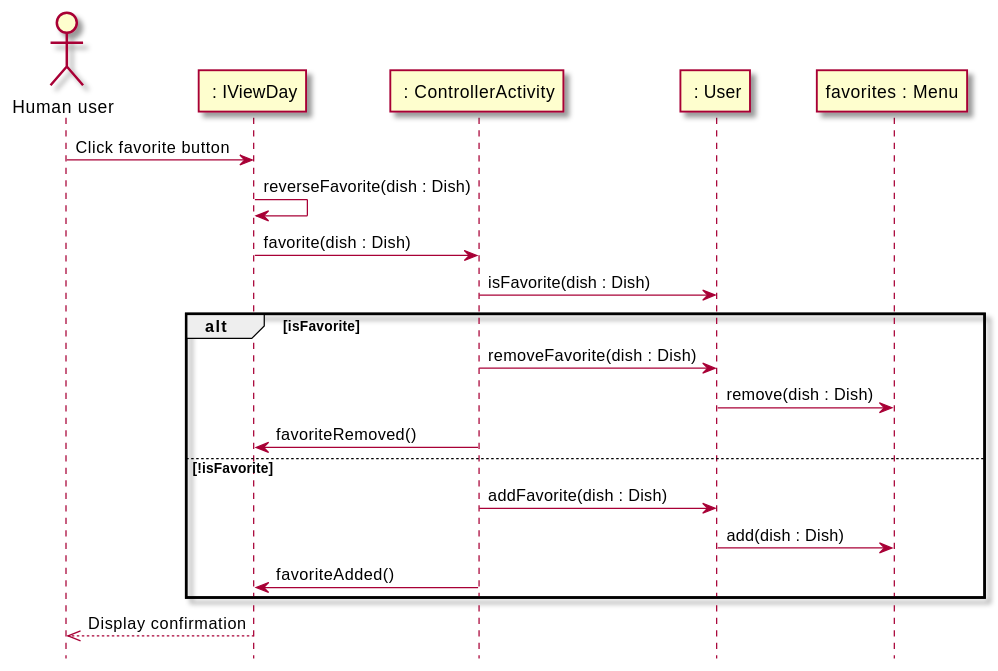
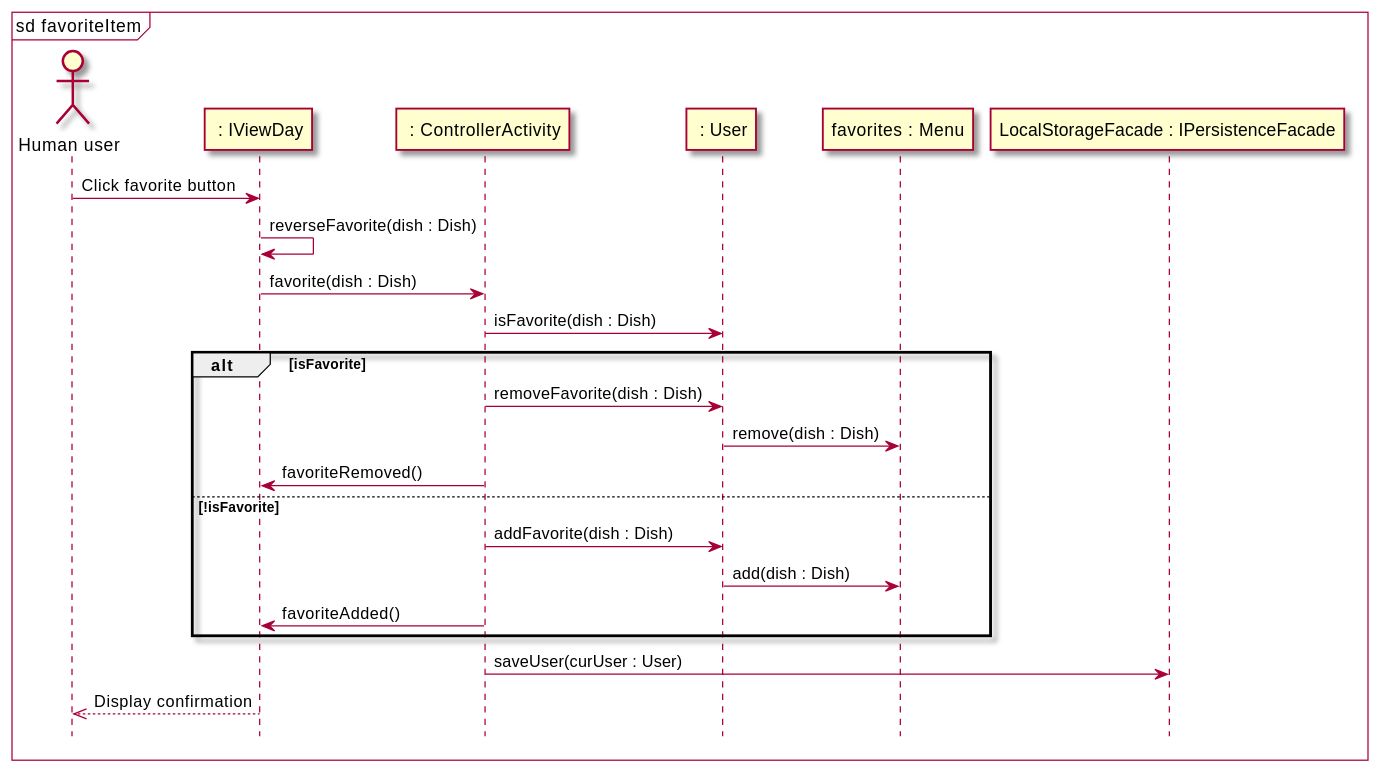
One commit to sashap100/Vassar-Dining-App changed the sixth of 7 diagrams in intellij/doc/design.md. Above: the diagram before and after it, drawn with PlantUML. The commit also changed other lines of this file and 2 other files, not shown here.

````diff
--- a/intellij/doc/design.md
+++ b/intellij/doc/design.md
@@ -289,27 +330,30 @@
 ```plantuml
 @startuml
 skin rose
 hide footbox
+mainframe sd favoriteItem
 actor "Human user" as human
 participant " : IViewDay" as ui
 participant " : ControllerActivity" as controller
 participant " : User" as user
 participant "favorites : Menu" as favorites
+participant "LocalStorageFacade : IPersistenceFacade" as persistence
 
 human -> ui : Click favorite button
 ui -> ui : reverseFavorite(dish : Dish)
 ui -> controller : favorite(dish : Dish)
 controller -> user : isFavorite(dish : Dish)
 alt isFavorite
     controller -> user : removeFavorite(dish : Dish)
     user -> favorites : remove(dish : Dish)
     controller -> ui : favoriteRemoved()
 else !isFavorite
     controller -> user : addFavorite(dish : Dish)
     user -> favorites : add(dish : Dish)
     controller -> ui : favoriteAdded()
 end
+controller -> persistence : saveUser(curUser : User)
 ui -->> human : Display confirmation
 
 @enduml
 ```
````
